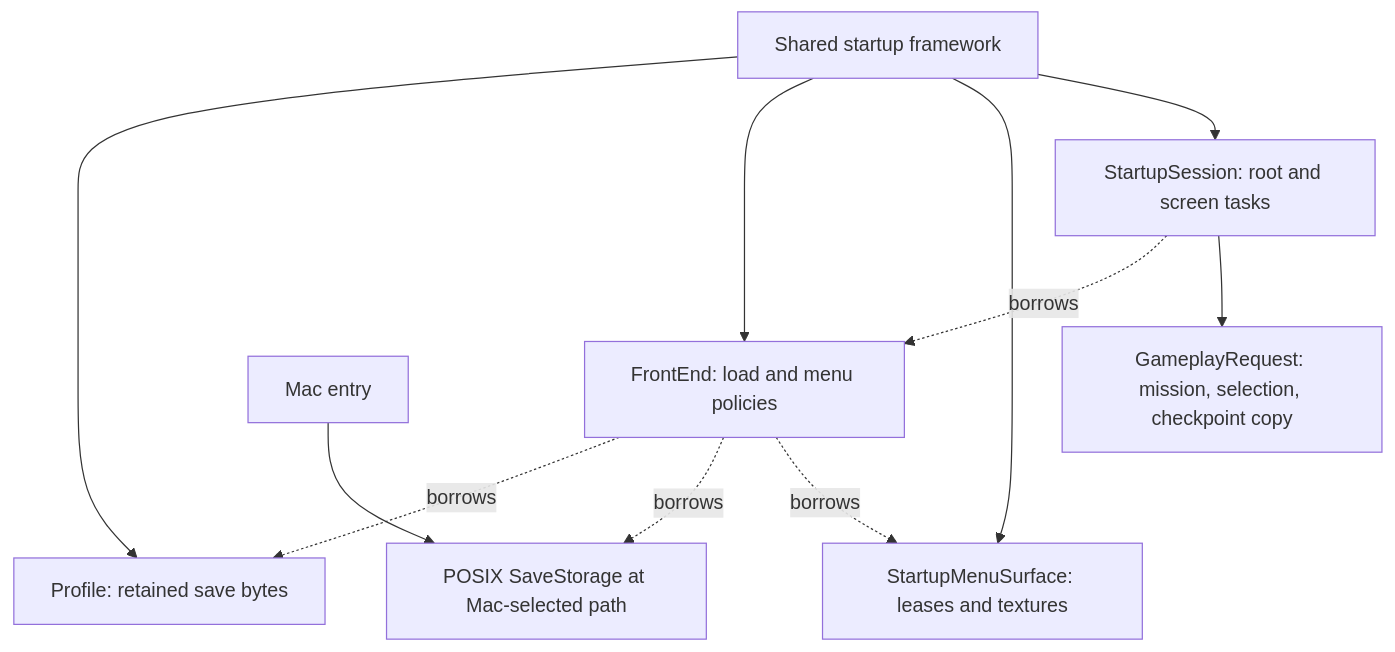
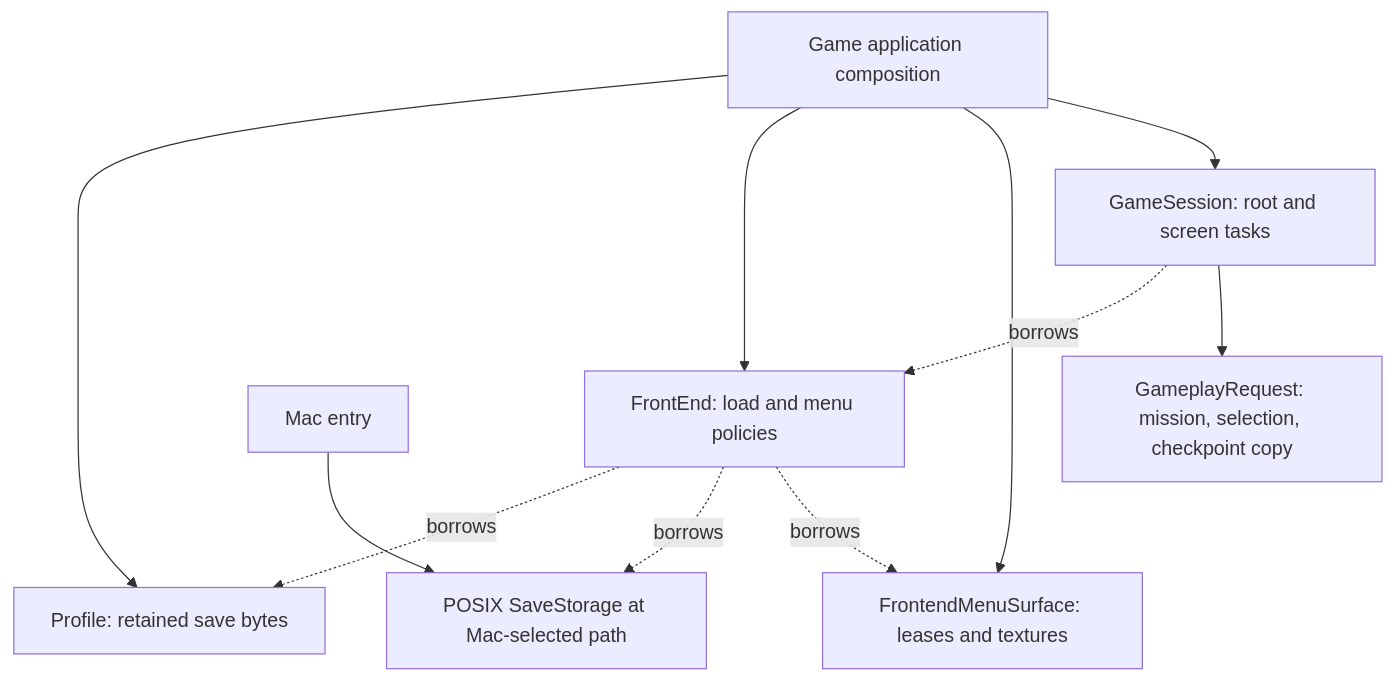
One commit to plainsight-systems/bullet-witch changed the second of 3 diagrams in docs/architecture/file-mapping.md. Above: the diagram before and after it, drawn with Mermaid. The commit also changed other lines of this file and 803 other files, not shown here.

````diff
--- a/docs/architecture/file-mapping.md
+++ b/docs/architecture/file-mapping.md
@@ -410,13 +427,13 @@
 ```mermaid
 flowchart TD
-    Framework[Shared startup framework] --> Profile[Profile: retained save bytes]
+    Framework[Game application composition] --> Profile[Profile: retained save bytes]
     Framework --> FrontEnd[FrontEnd: load and menu policies]
-    Framework --> MenuSurface[StartupMenuSurface: leases and textures]
-    Framework --> Session[StartupSession: root and screen tasks]
+    Framework --> MenuSurface[FrontendMenuSurface: leases and textures]
+    Framework --> Session[GameSession: root and screen tasks]
     Entry[Mac entry] --> Storage[POSIX SaveStorage at Mac-selected path]
     Session -. borrows .-> FrontEnd
     FrontEnd -. borrows .-> Profile
     FrontEnd -. borrows .-> Storage
     FrontEnd -. borrows .-> MenuSurface
     Session --> Request[GameplayRequest: mission, selection, checkpoint copy]
 ```
````
